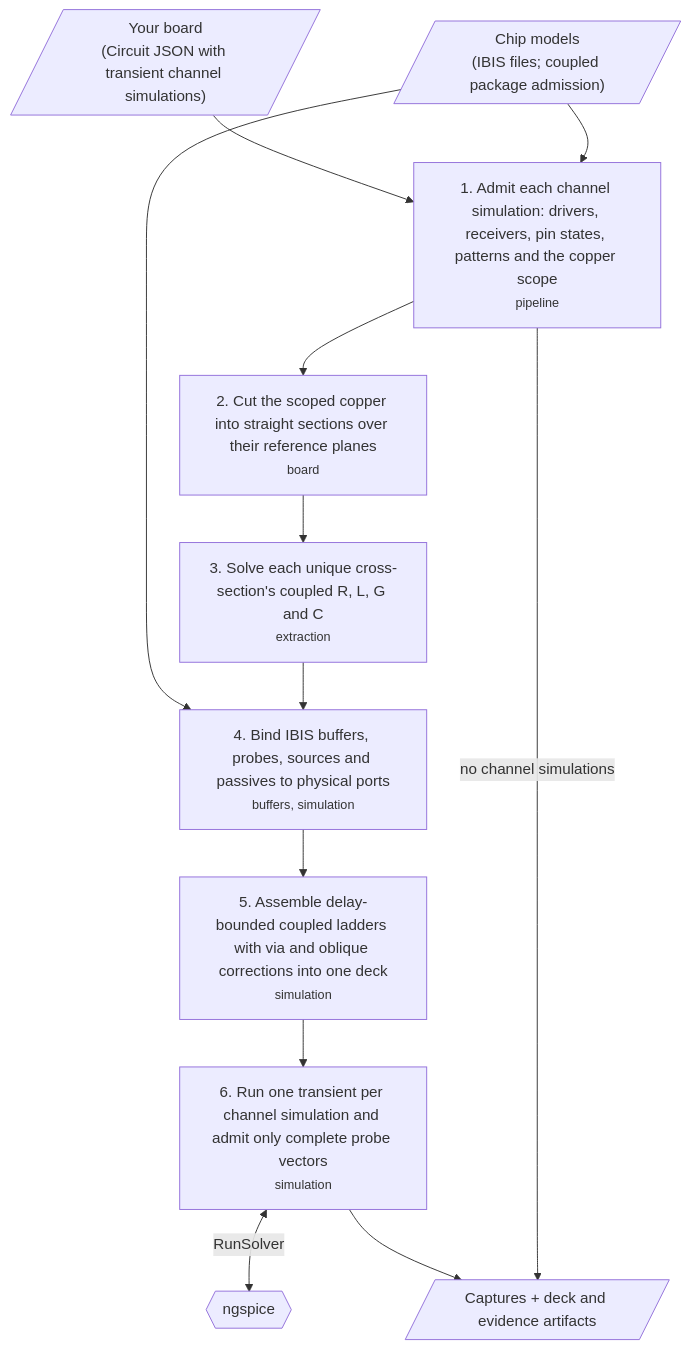
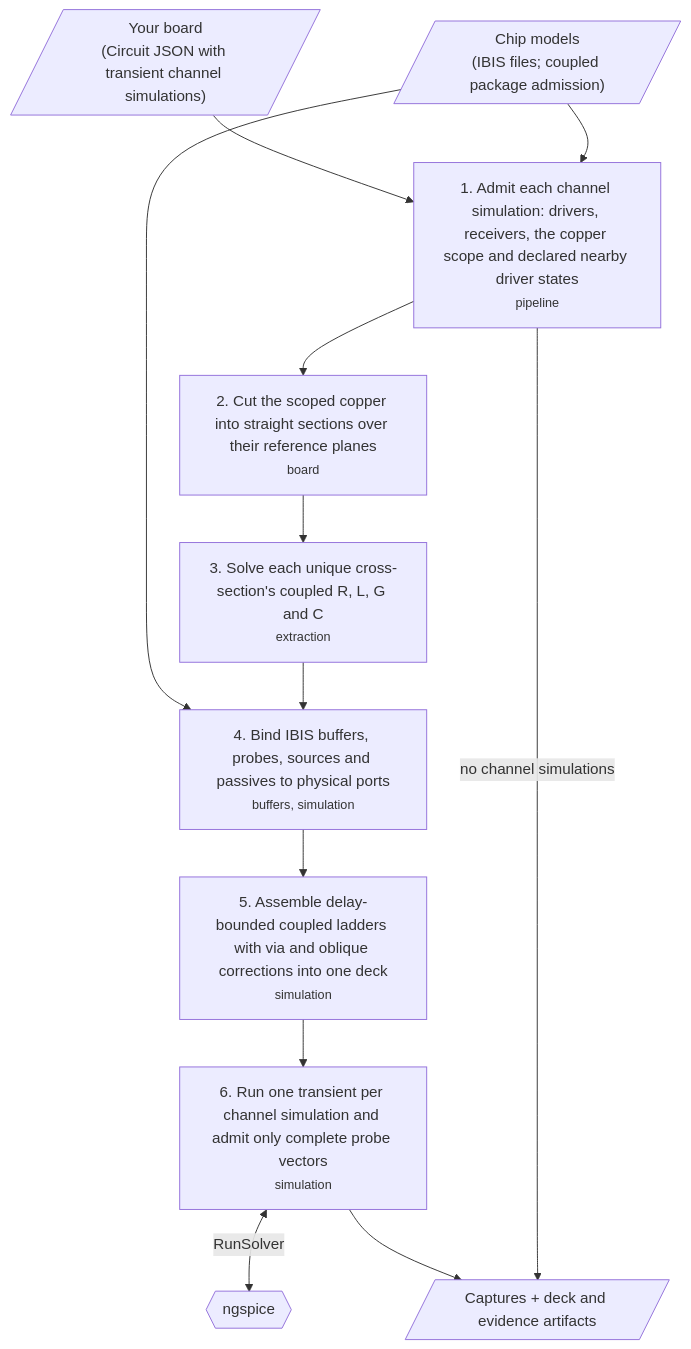
Before and after one commit to draarivpatel-ui/signal-integrity-pipeline: the second of 4 diagrams in README.md, drawn with Mermaid. The commit also changed other lines of this file and 23 other files, not shown here.

Commit message:
feat: require a declared state for nearby drivers

````diff
--- a/README.md
+++ b/README.md
@@ -109,14 +115,14 @@
 ```mermaid
 flowchart TD
-  board[/"Your board<br/>(Circuit JSON with transient channel simulations)"/] --> s1["1. Admit each channel simulation: drivers, receivers, pin states, patterns and the copper scope<br/><small>pipeline</small>"]
+  board[/"Your board<br/>(Circuit JSON with transient channel simulations)"/] --> s1["1. Admit each channel simulation: drivers, receivers, the copper scope and declared nearby driver states<br/><small>pipeline</small>"]
   chips[/"Chip models<br/>(IBIS files; coupled package admission)"/] --> s1
   s1 --> s2["2. Cut the scoped copper into straight sections over their reference planes<br/><small>board</small>"]
   s2 --> s3["3. Solve each unique cross-section's coupled R, L, G and C<br/><small>extraction</small>"]
   chips --> s4
   s3 --> s4["4. Bind IBIS buffers, probes, sources and passives to physical ports<br/><small>buffers, simulation</small>"]
   s4 --> s5["5. Assemble delay-bounded coupled ladders with via and oblique corrections into one deck<br/><small>simulation</small>"]
   s5 --> s6["6. Run one transient per channel simulation and admit only complete probe vectors<br/><small>simulation</small>"]
   s6 <-->|"RunSolver"| ng{{"ngspice"}}
   s6 --> out[/"Captures + deck and evidence artifacts"/]
   s1 -->|"no channel simulations"| out
 ```
````
